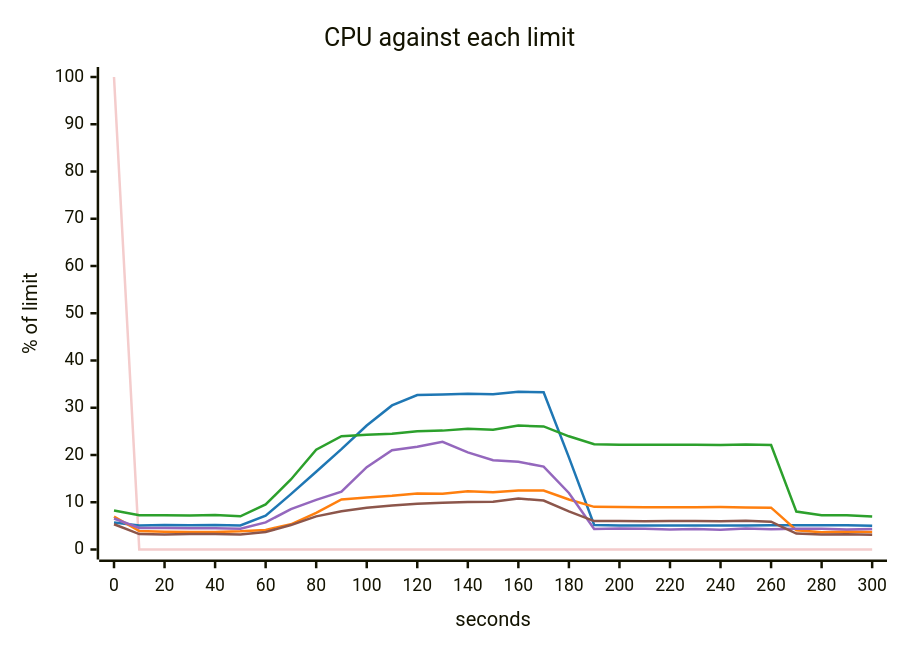
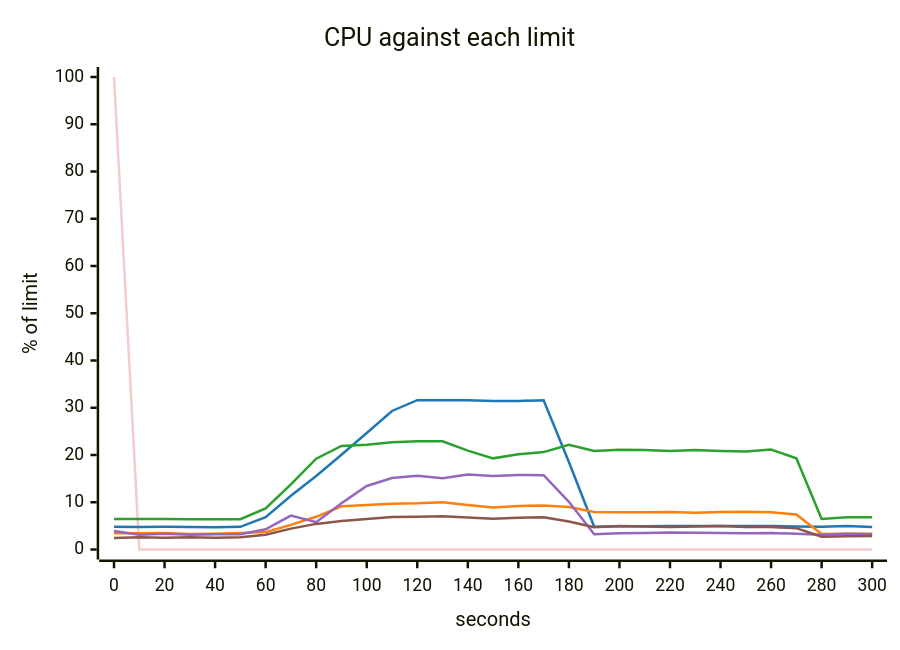
The fifth of 5 diagrams in scenarios/flash-sale/solutions/queue-the-orders/report.md (akinfemi/load-lore), drawn with Mermaid before and after one commit. The commit also changed other lines of this file and 71 other files, not shown here.

````diff
--- a/scenarios/flash-sale/solutions/queue-the-orders/report.md
+++ b/scenarios/flash-sale/solutions/queue-the-orders/report.md
@@ -99,19 +99,19 @@
 ```mermaid
 ---
 config:
   themeVariables:
     xyChart:
       backgroundColor: "transparent"
       plotColorPalette: "#f4cccc, #1f77b4, #ff7f0e, #2ca02c, #9467bd, #8c564b"
 ---
 xychart-beta
     title "CPU against each limit"
     x-axis "seconds" 0 --> 300
     y-axis "% of limit" 0 --> 100
     line [100, 0, 0, 0, 0, 0, 0, 0, 0, 0, 0, 0, 0, 0, 0, 0, 0, 0, 0, 0, 0, 0, 0, 0, 0, 0, 0, 0, 0, 0, 0]
-    line [5.737, 5.094, 5.199, 5.128, 5.174, 5.075, 7.153, 11.723, 16.465, 21.246, 26.245, 30.486, 32.676, 32.802, 32.987, 32.873, 33.395, 33.294, 19.499, 5.195, 5.088, 5.096, 5.085, 5.093, 5.055, 5.102, 5.125, 5.145, 5.111, 5.121, 5.003]
-    line [6.975, 3.916, 3.767, 3.697, 3.709, 3.858, 4.146, 5.331, 7.764, 10.605, 11.03, 11.365, 11.869, 11.793, 12.322, 12.1, 12.482, 12.461, 10.584, 9.028, 8.97, 8.946, 8.938, 8.964, 8.979, 8.914, 8.855, 4.089, 3.653, 3.812, 3.698]
-    line [8.24, 7.268, 7.229, 7.206, 7.276, 7.027, 9.542, 14.812, 21.108, 23.983, 24.287, 24.485, 25.046, 25.159, 25.557, 25.322, 26.228, 26.047, 23.957, 22.281, 22.174, 22.145, 22.191, 22.157, 22.096, 22.243, 22.123, 8.02, 7.243, 7.248, 6.982]
-    line [6.562, 4.562, 4.528, 4.496, 4.492, 4.378, 5.746, 8.543, 10.514, 12.245, 17.428, 20.999, 21.725, 22.803, 20.544, 18.876, 18.549, 17.559, 11.968, 4.336, 4.45, 4.376, 4.236, 4.359, 4.199, 4.427, 4.297, 4.387, 4.38, 4.236, 4.347]
-    line [5.348, 3.268, 3.181, 3.302, 3.298, 3.175, 3.716, 5.169, 7.006, 8.094, 8.816, 9.317, 9.698, 9.916, 10.034, 10.114, 10.779, 10.366, 8.081, 6.01, 6.028, 5.99, 6.01, 6.029, 5.997, 6.064, 5.897, 3.362, 3.183, 3.205, 3.107]
+    line [4.827, 4.778, 4.789, 4.756, 4.734, 4.795, 6.853, 11.39, 15.558, 20.051, 24.645, 29.323, 31.601, 31.611, 31.587, 31.416, 31.438, 31.602, 18.519, 4.82, 4.9, 4.925, 4.993, 4.978, 4.948, 4.95, 4.956, 4.855, 4.814, 4.98, 4.763]
+    line [3.414, 3.428, 3.476, 3.27, 3.351, 3.488, 3.687, 5.215, 6.918, 9.149, 9.42, 9.689, 9.77, 9.974, 9.416, 8.9, 9.211, 9.286, 8.996, 7.937, 7.875, 7.872, 7.923, 7.794, 7.929, 7.971, 7.885, 7.411, 3.269, 3.338, 3.329]
+    line [6.44, 6.447, 6.446, 6.388, 6.377, 6.417, 8.708, 13.787, 19.208, 21.926, 22.195, 22.711, 22.892, 22.907, 20.925, 19.29, 20.153, 20.612, 22.147, 20.864, 21.089, 21.062, 20.832, 21.041, 20.84, 20.734, 21.168, 19.295, 6.456, 6.815, 6.837]
+    line [3.931, 3.107, 3.308, 3.141, 3.234, 3.207, 4.276, 7.188, 5.787, 9.777, 13.442, 15.127, 15.595, 15.098, 15.88, 15.533, 15.784, 15.735, 10.096, 3.243, 3.459, 3.473, 3.594, 3.529, 3.495, 3.433, 3.503, 3.321, 3.114, 3.333, 3.205]
+    line [2.442, 2.603, 2.499, 2.598, 2.482, 2.577, 3.107, 4.415, 5.419, 6.039, 6.435, 6.89, 6.941, 7.028, 6.755, 6.509, 6.736, 6.805, 5.913, 4.706, 4.997, 4.843, 4.744, 4.888, 4.986, 4.749, 4.747, 4.51, 2.694, 2.791, 2.869]
 ```
````
